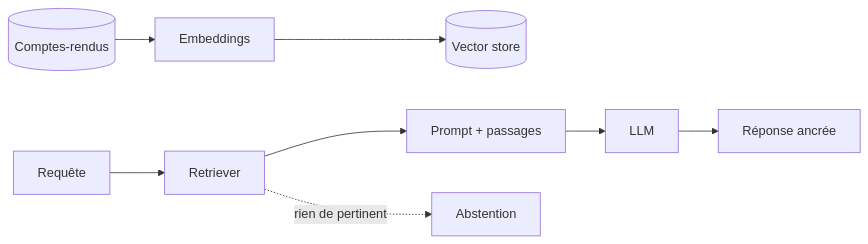
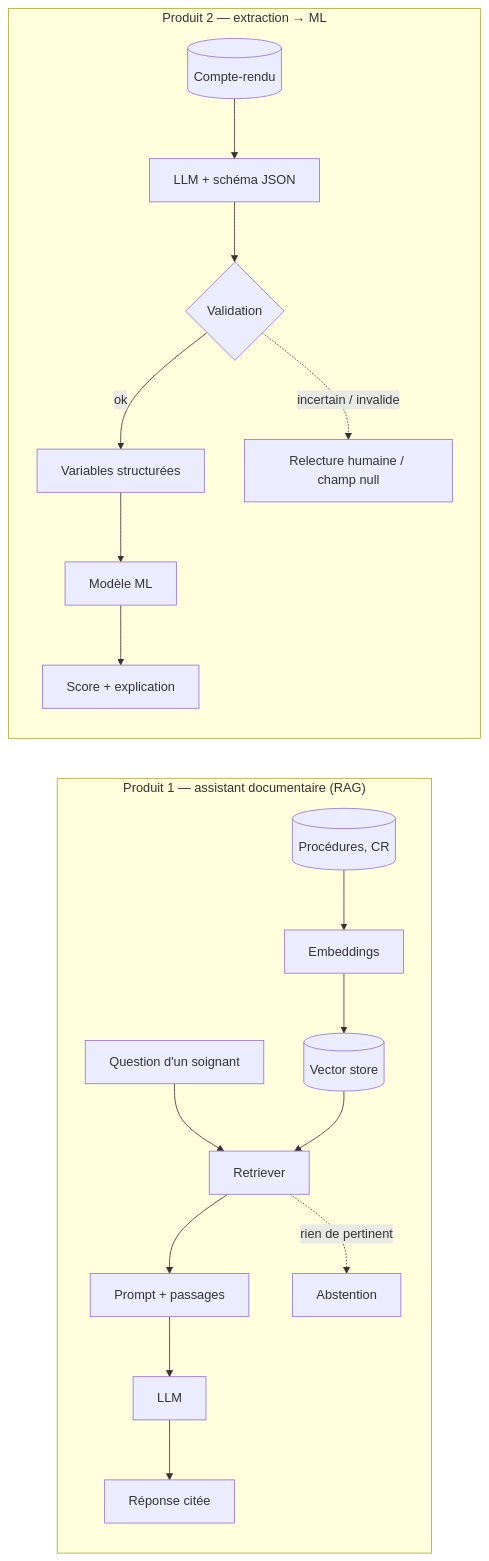
The diagram in ressources/02_RAG_conception_essentiel.md (Formation-SIMPLON-IA/ia-dev-id-parcours-m7-b2), drawn with Mermaid before and after one commit. The commit also changed other lines of this file and 9 other files, not shown here.

````diff
--- a/ressources/02_RAG_conception_essentiel.md
+++ b/ressources/02_RAG_conception_essentiel.md
@@ -34,6 +55,13 @@
 ```mermaid
 flowchart LR
-    CR[(Comptes-rendus)] --> EMB[Embeddings] --> VDB[(Vector store)]
-    Q[Requête] --> RET[Retriever] --> P[Prompt + passages] --> LLM --> R[Réponse ancrée]
-    RET -.->|rien de pertinent| ABS[Abstention]
+    subgraph P1["Produit 1 — assistant documentaire (RAG)"]
+        Q[Question d'un soignant] --> RET[Retriever] --> P[Prompt + passages] --> LLM1[LLM] --> R[Réponse citée]
+        DOC[(Procédures, CR)] --> EMB[Embeddings] --> VDB[(Vector store)] --> RET
+        RET -.->|rien de pertinent| ABS[Abstention]
+    end
+    subgraph P2["Produit 2 — extraction → ML"]
+        CR[(Compte-rendu)] --> LLM2[LLM + schéma JSON] --> V{Validation}
+        V -->|ok| F[Variables structurées] --> ML[Modèle ML] --> S[Score + explication]
+        V -.->|incertain / invalide| H[Relecture humaine / champ null]
+    end
 ```
````
